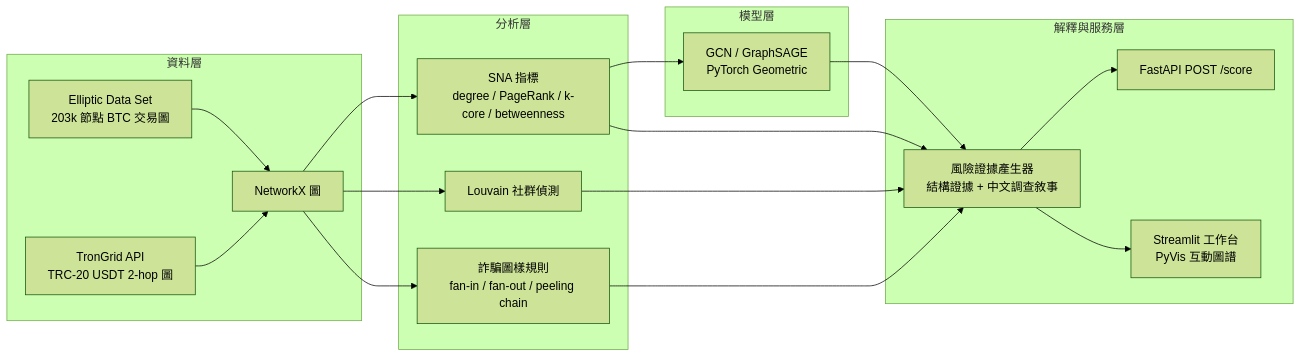
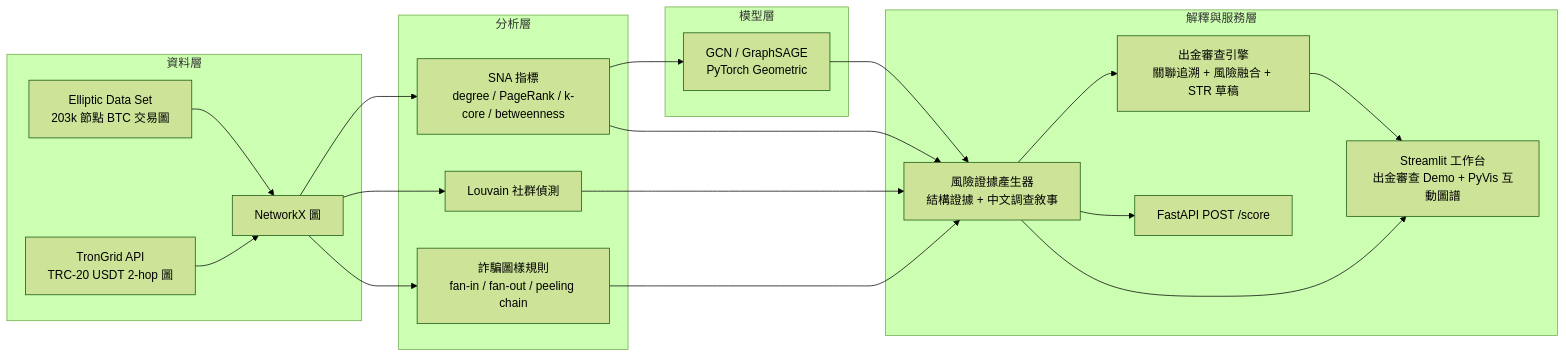
The diagram in README.md (zuemen/ChainLens), drawn with Mermaid (forest theme) before and after one commit. The commit also changed other lines of this file and 14 other files, not shown here.

````diff
--- a/README.md
+++ b/README.md
@@ -9,20 +9,22 @@
 ```mermaid
 flowchart LR
     subgraph 資料層
         A[Elliptic Data Set<br/>203k 節點 BTC 交易圖] --> C
         B[TronGrid API<br/>TRC-20 USDT 2-hop 圖] --> C
     end
     subgraph 分析層
         C[NetworkX 圖] --> D[SNA 指標<br/>degree / PageRank / k-core / betweenness]
         C --> E[Louvain 社群偵測]
         C --> F[詐騙圖樣規則<br/>fan-in / fan-out / peeling chain]
     end
     subgraph 模型層
         D --> G[GCN / GraphSAGE<br/>PyTorch Geometric]
     end
     subgraph 解釋與服務層
         D & E & F & G --> H[風險證據產生器<br/>結構證據 + 中文調查敘事]
+        H --> K[出金審查引擎<br/>關聯追溯 + 風險融合 + STR 草稿]
         H --> I[FastAPI POST /score]
-        H --> J[Streamlit 工作台<br/>PyVis 互動圖譜]
+        H --> J[Streamlit 工作台<br/>出金審查 Demo + PyVis 互動圖譜]
+        K --> J
     end
 ```
````
